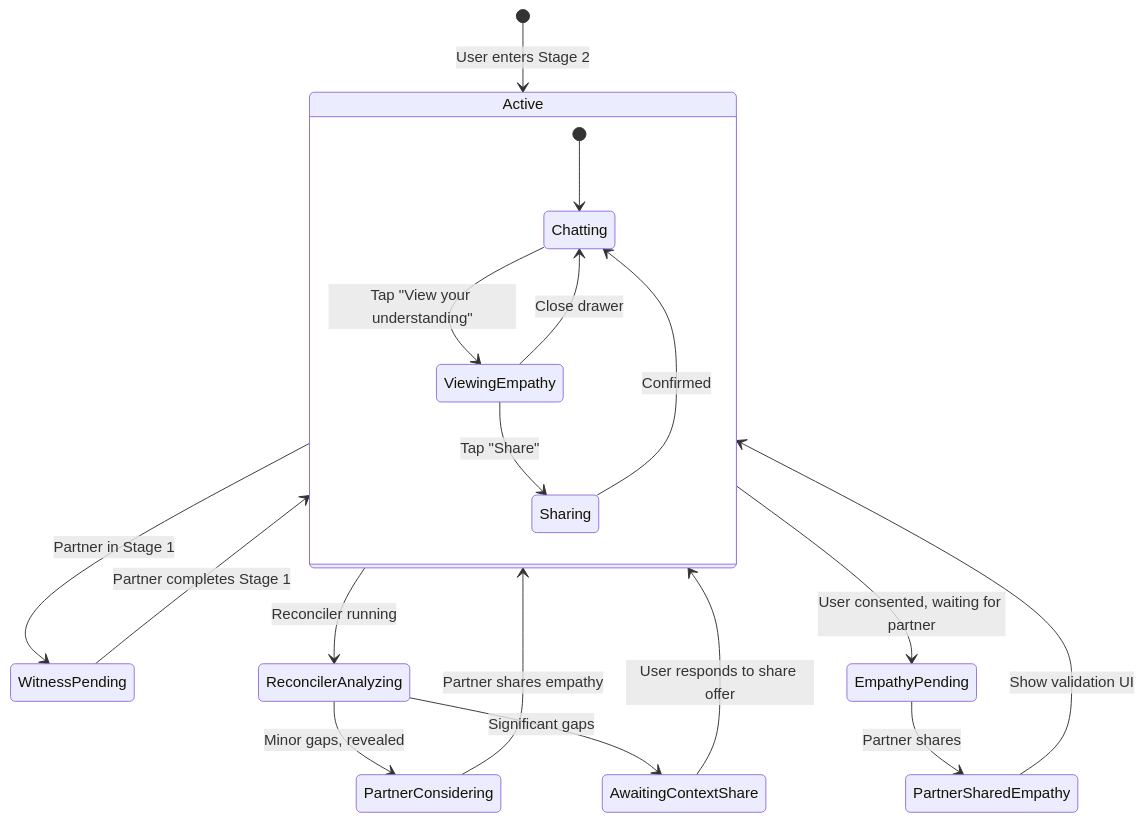
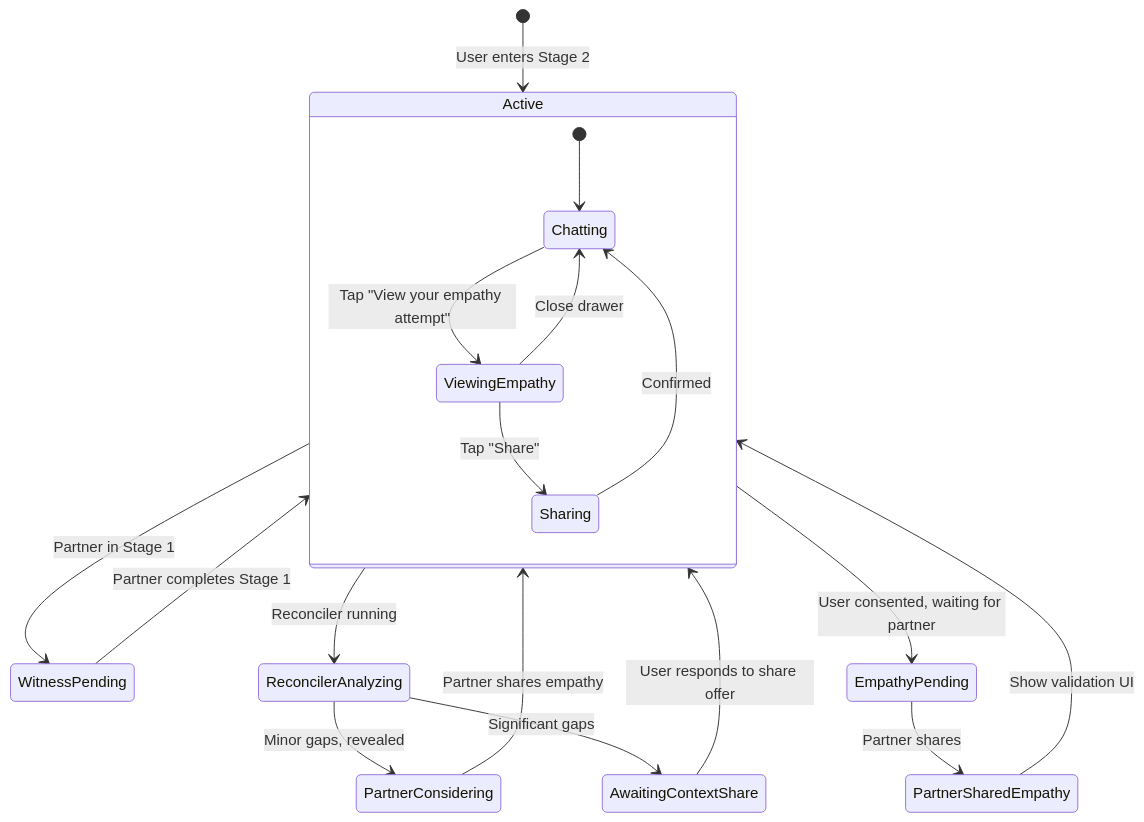
One commit to shantamg/meet-without-fear changed the eighth of 8 diagrams in docs/user-flows/stage2-empathy-flow.md. Above: the diagram before and after it, drawn with Mermaid. The commit also changed other lines of this file and 8 other files, not shown here.

First line of the commit message:
fix(copy): clarify empathy process is an attempt, not understanding

````diff
--- a/docs/user-flows/stage2-empathy-flow.md
+++ b/docs/user-flows/stage2-empathy-flow.md
@@ -260,27 +260,27 @@
 ```mermaid
 stateDiagram-v2
     [*] --> Active: User enters Stage 2
 
     Active --> WitnessPending: Partner in Stage 1
     WitnessPending --> Active: Partner completes Stage 1
 
     Active --> ReconcilerAnalyzing: Reconciler running
     ReconcilerAnalyzing --> PartnerConsidering: Minor gaps, revealed
     ReconcilerAnalyzing --> AwaitingContextShare: Significant gaps
 
     PartnerConsidering --> Active: Partner shares empathy
 
     AwaitingContextShare --> Active: User responds to share offer
 
     Active --> EmpathyPending: User consented, waiting for partner
     EmpathyPending --> PartnerSharedEmpathy: Partner shares
     PartnerSharedEmpathy --> Active: Show validation UI
 
     state Active {
         [*] --> Chatting
-        Chatting --> ViewingEmpathy: Tap "View your understanding"
+        Chatting --> ViewingEmpathy: Tap "View your empathy attempt"
         ViewingEmpathy --> Chatting: Close drawer
         ViewingEmpathy --> Sharing: Tap "Share"
         Sharing --> Chatting: Confirmed
     }
 ```
````
